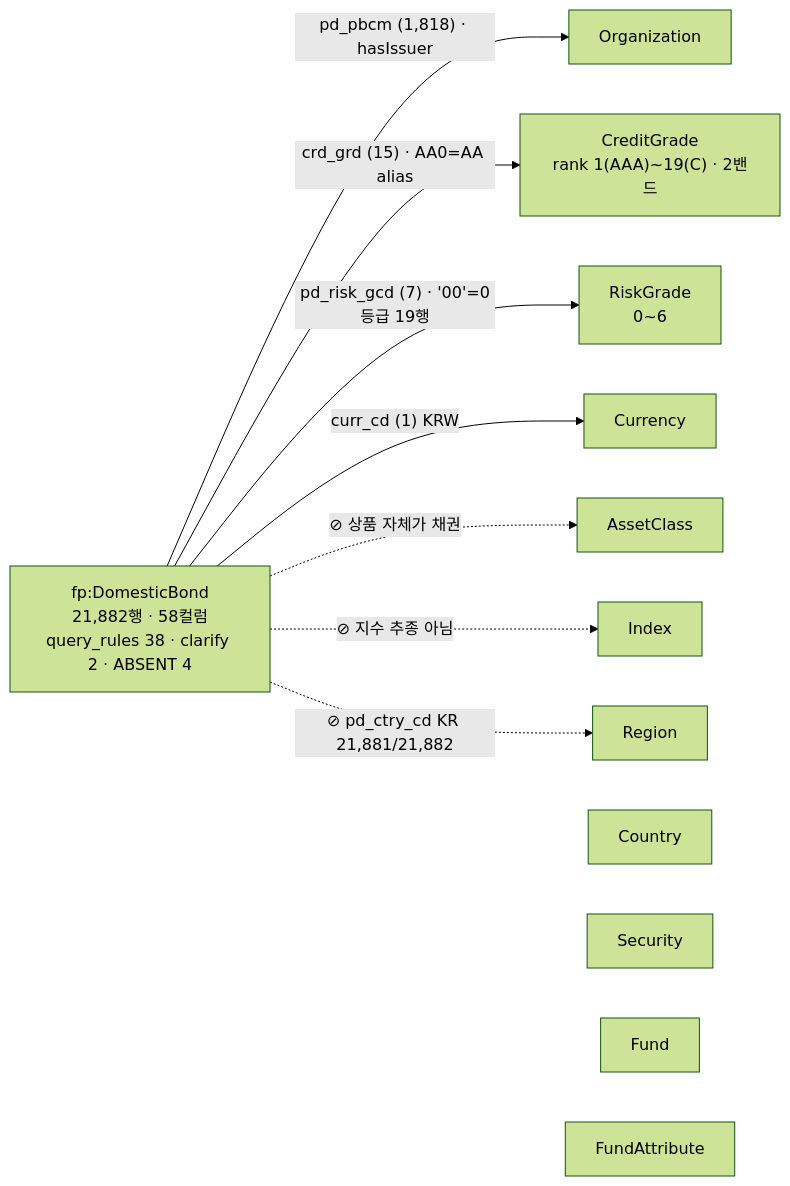
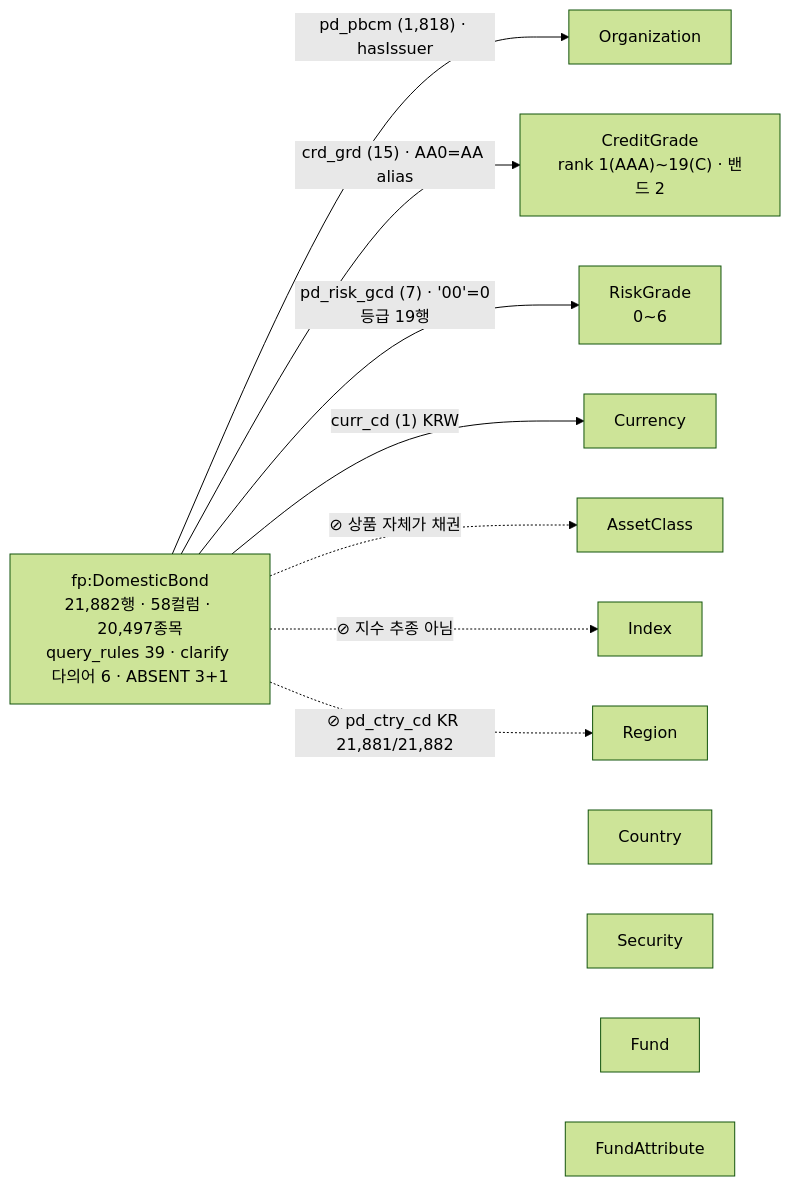
Before and after one commit to Song-exp/miraeassetfesta: the diagram in docs/기술제안서/04_도메인_채권.md, drawn with Mermaid (forest theme). The commit also changed other lines of this file and 9 other files, not shown here.

````diff
--- a/docs/기술제안서/04_도메인_채권.md
+++ b/docs/기술제안서/04_도메인_채권.md
@@ -39,13 +49,13 @@
 ```mermaid
 flowchart LR
-  B["fp:DomesticBond<br/>21,882행 · 58컬럼<br/>query_rules 38 · clarify 2 · ABSENT 4"]
-  ORG[Organization]; CG["CreditGrade<br/>rank 1(AAA)~19(C) · 2밴드"]; RG["RiskGrade<br/>0~6"]; AC[AssetClass]; IDX[Index]; REG[Region]; CTY[Country]; CUR[Currency]; SEC[Security]; FND[Fund]; FA[FundAttribute]
+  B["fp:DomesticBond<br/>21,882행 · 58컬럼 · 20,497종목<br/>query_rules 39 · clarify 다의어 6 · ABSENT 3+1"]
+  ORG[Organization]; CG["CreditGrade<br/>rank 1(AAA)~19(C) · 밴드 2"]; RG["RiskGrade<br/>0~6"]; AC[AssetClass]; IDX[Index]; REG[Region]; CTY[Country]; CUR[Currency]; SEC[Security]; FND[Fund]; FA[FundAttribute]
   B -- "pd_pbcm (1,818) · hasIssuer" --> ORG
   B -- "crd_grd (15) · AA0=AA alias" --> CG
   B -- "pd_risk_gcd (7) · '00'=0등급 19행" --> RG
   B -- "curr_cd (1) KRW" --> CUR
   B -. "⊘ 상품 자체가 채권" .-> AC
   B -. "⊘ 지수 추종 아님" .-> IDX
   B -. "⊘ pd_ctry_cd KR 21,881/21,882" .-> REG
   B ~~~ CTY; B ~~~ SEC; B ~~~ FND; B ~~~ FA
 ```
````
